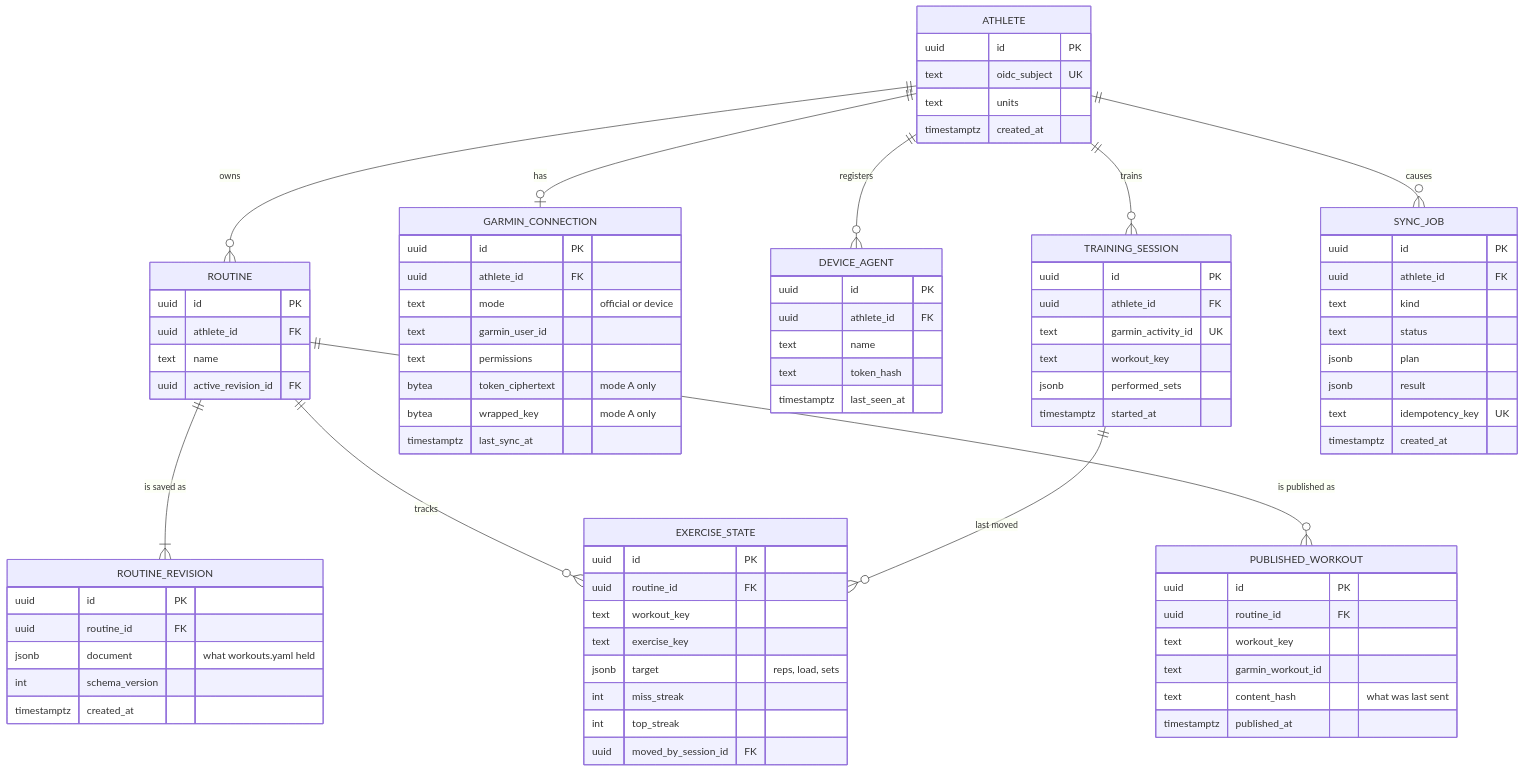
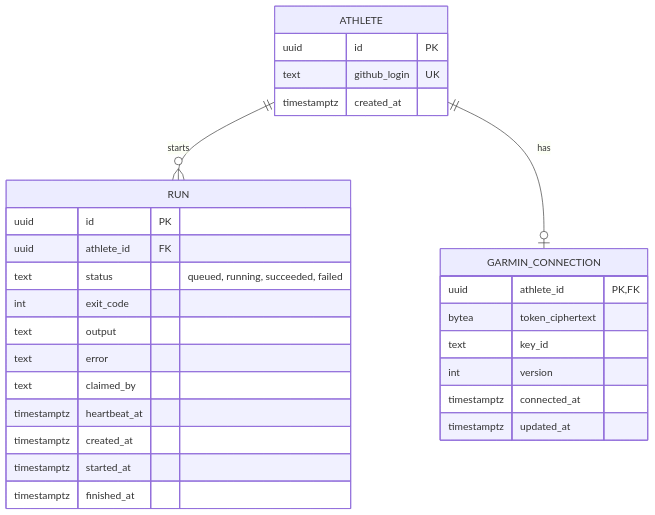
Before and after one commit to theadzik/repwise: the sixth of 6 diagrams in PLAN.md, drawn with Mermaid. The commit also changed other lines of this file and 1 other file, not shown here.

First line of the commit message:
docs: plan a single-user first version with a stateless backend

````diff
--- a/PLAN.md
+++ b/PLAN.md
@@ -543,85 +349,32 @@
 ```mermaid
 erDiagram
-    ATHLETE ||--o{ ROUTINE : owns
+    ATHLETE ||--o{ RUN : starts
     ATHLETE ||--o| GARMIN_CONNECTION : has
-    ATHLETE ||--o{ DEVICE_AGENT : registers
-    ATHLETE ||--o{ TRAINING_SESSION : trains
-    ATHLETE ||--o{ SYNC_JOB : causes
-    ROUTINE ||--|{ ROUTINE_REVISION : "is saved as"
-    ROUTINE ||--o{ EXERCISE_STATE : tracks
-    ROUTINE ||--o{ PUBLISHED_WORKOUT : "is published as"
-    TRAINING_SESSION ||--o{ EXERCISE_STATE : "last moved"
 
     ATHLETE {
         uuid id PK
-        text oidc_subject UK
-        text units
+        text github_login UK
         timestamptz created_at
     }
-    GARMIN_CONNECTION {
+    RUN {
         uuid id PK
         uuid athlete_id FK
-        text mode "official or device"
-        text garmin_user_id
-        text permissions
-        bytea token_ciphertext "mode A only"
-        bytea wrapped_key "mode A only"
-        timestamptz last_sync_at
+        text status "queued, running, succeeded, failed"
+        int exit_code
+        text output
+        text error
+        text claimed_by
+        timestamptz heartbeat_at
+        timestamptz created_at
+        timestamptz started_at
+        timestamptz finished_at
     }
-    DEVICE_AGENT {
-        uuid id PK
-        uuid athlete_id FK
-        text name
-        text token_hash
-        timestamptz last_seen_at
-    }
-    ROUTINE {
-        uuid id PK
-        uuid athlete_id FK
-        text name
-        uuid active_revision_id FK
-    }
-    ROUTINE_REVISION {
-        uuid id PK
-        uuid routine_id FK
-        jsonb document "what workouts.yaml held"
-        int schema_version
-        timestamptz created_at
-    }
-    EXERCISE_STATE {
-        uuid id PK
-        uuid routine_id FK
-        text workout_key
-        text exercise_key
-        jsonb target "reps, load, sets"
-        int miss_streak
-        int top_streak
-        uuid moved_by_session_id FK
-    }
-    PUBLISHED_WORKOUT {
-        uuid id PK
-        uuid routine_id FK
-        text workout_key
-        text garmin_workout_id
-        text content_hash "what was last sent"
-        timestamptz published_at
-    }
-    TRAINING_SESSION {
-        uuid id PK
-        uuid athlete_id FK
-        text garmin_activity_id UK
-        text workout_key
-        jsonb performed_sets
-        timestamptz started_at
-    }
-    SYNC_JOB {
-        uuid id PK
-        uuid athlete_id FK
-        text kind
-        text status
-        jsonb plan
-        jsonb result
-        text idempotency_key UK
-        timestamptz created_at
+    GARMIN_CONNECTION {
+        uuid athlete_id PK, FK
+        bytea token_ciphertext
+        text key_id
+        int version
+        timestamptz connected_at
+        timestamptz updated_at
     }
 ```
````
